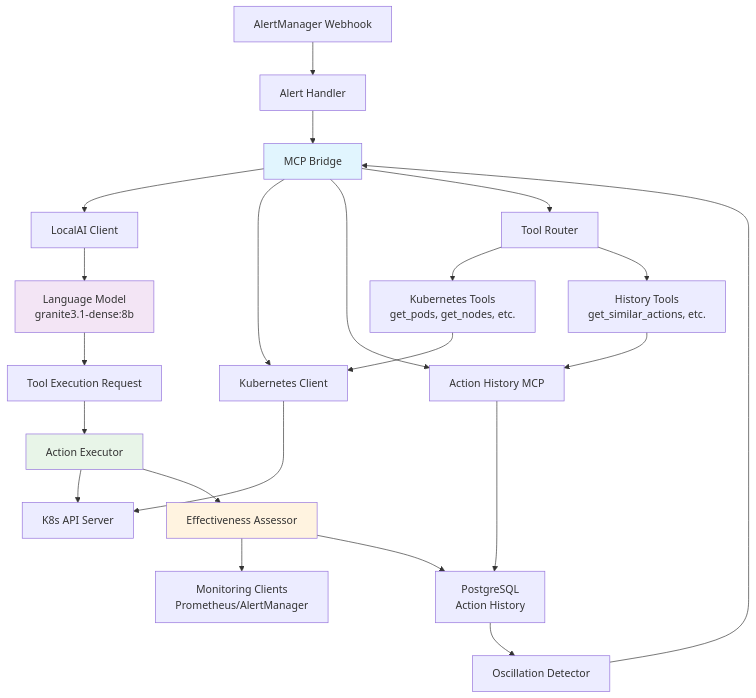
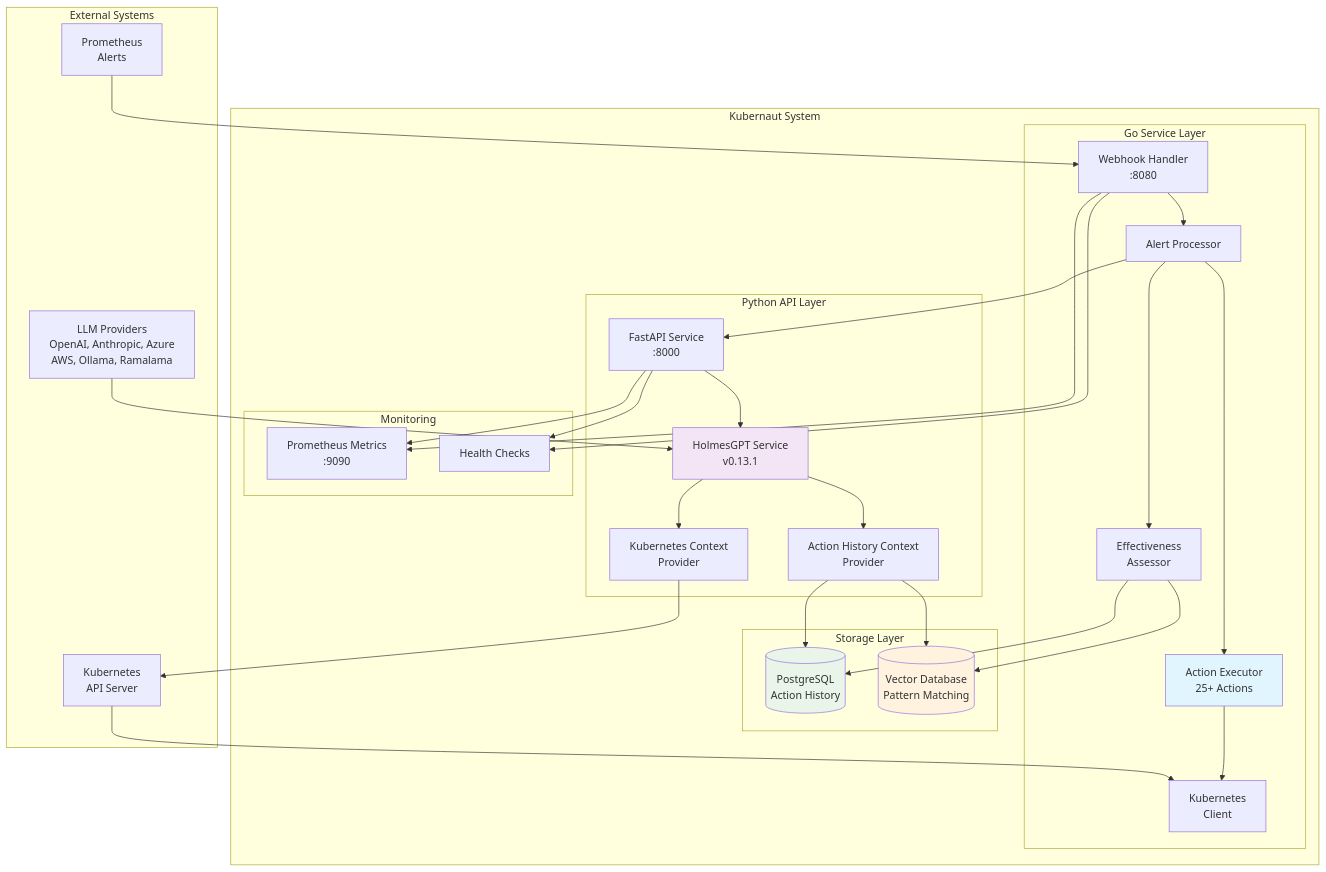
Before and after one commit to jordigilh/kubernaut: the first of 3 diagrams in README.md, drawn with Mermaid. The commit also changed other lines of this file and 321 other files, not shown here.

````diff
--- a/README.md
+++ b/README.md
@@ -26,36 +19,70 @@
 ```mermaid
-graph TD
-    A[AlertManager Webhook] --> B[Alert Handler]
-    B --> C[MCP Bridge]
-    C --> D[LocalAI Client]
-    C --> E[Kubernetes Client]
-    C --> F[Action History MCP]
+graph TB
+    subgraph "External Systems"
+        PROM[Prometheus<br/>Alerts]
+        K8SAPI[Kubernetes<br/>API Server]
+        LLM[LLM Providers<br/>OpenAI, Anthropic, Azure<br/>AWS, Ollama, Ramalama]
+    end
 
-    D --> G[Language Model<br/>granite3.1-dense:8b]
-    G --> H[Tool Execution Request]
+    subgraph "Kubernaut System"
+        subgraph "Go Service Layer"
+            WH[Webhook Handler<br/>:8080]
+            PROC[Alert Processor]
+            EXEC[Action Executor<br/>25+ Actions]
+            EFF[Effectiveness<br/>Assessor]
+            K8SC[Kubernetes<br/>Client]
+        end
 
-    C --> I[Tool Router]
-    I --> J[Kubernetes Tools<br/>get_pods, get_nodes, etc.]
-    I --> K[History Tools<br/>get_similar_actions, etc.]
+        subgraph "Python API Layer"
+            FAPI[FastAPI Service<br/>:8000]
+            HGS[HolmesGPT Service<br/>v0.13.1]
+            KCP[Kubernetes Context<br/>Provider]
+            ACP[Action History Context<br/>Provider]
+        end
 
-    J --> E
-    K --> F
+        subgraph "Storage Layer"
+            PG[(PostgreSQL<br/>Action History)]
+            VDB[(Vector Database<br/>Pattern Matching)]
+        end
 
-    E --> L[K8s API Server]
-    F --> M[PostgreSQL<br/>Action History]
+        subgraph "Monitoring"
+            METRICS[Prometheus Metrics<br/>:9090]
+            HEALTH[Health Checks]
+        end
+    end
 
-    H --> N[Action Executor]
-    N --> L
+    %% External connections
+    PROM --> WH
+    K8SAPI --> K8SC
+    LLM --> HGS
 
-    N --> O[Effectiveness Assessor]
-    O --> P[Monitoring Clients<br/>Prometheus/AlertManager]
-    O --> M
+    %% Go service flow
+    WH --> PROC
+    PROC --> EXEC
+    PROC --> EFF
+    EXEC --> K8SC
+    EFF --> PG
 
-    M --> Q[Oscillation Detector]
-    Q --> C
+    %% Python API integration
+    PROC --> FAPI
+    FAPI --> HGS
+    HGS --> KCP
+    HGS --> ACP
+    KCP --> K8SAPI
+    ACP --> PG
 
-    style C fill:#e1f5fe
-    style G fill:#f3e5f5
-    style N fill:#e8f5e8
-    style O fill:#fff3e0
+    %% Storage connections
+    EFF --> VDB
+    ACP --> VDB
+
+    %% Monitoring connections
+    WH --> METRICS
+    FAPI --> METRICS
+    WH --> HEALTH
+    FAPI --> HEALTH
+
+    style EXEC fill:#e1f5fe
+    style HGS fill:#f3e5f5
+    style VDB fill:#fff3e0
+    style PG fill:#e8f5e8
 ```
````
